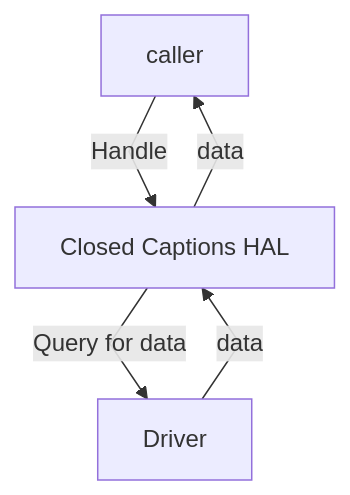
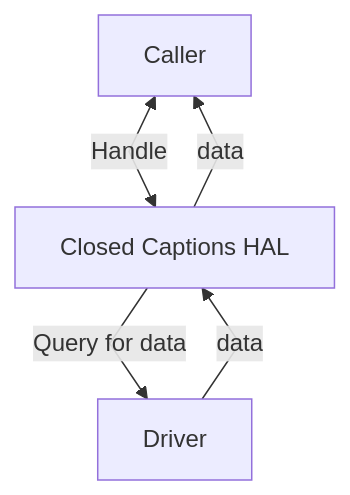
One commit to rdkcentral/rdk-halif-closed_captions changed the first of 2 diagrams in docs/pages/closed-captions_halSpec.md. Above: the diagram before and after it, drawn with Mermaid. The commit also changed other lines of this file and 1 other file, not shown here.

````diff
--- a/docs/pages/closed-captions_halSpec.md
+++ b/docs/pages/closed-captions_halSpec.md
@@ -60,8 +60,8 @@
 ```mermaid
 %%{init: {"flowchart": {"curve": "linear"}} }%%
 flowchart
-    A[caller] -->|Handle| B[Closed Captions HAL]
+    A[Caller] <-->|Handle| B[Closed Captions HAL]
     B --> |Query for data| C[Driver]
     C --> |data| B
     B --> |data| A
  ```
````
